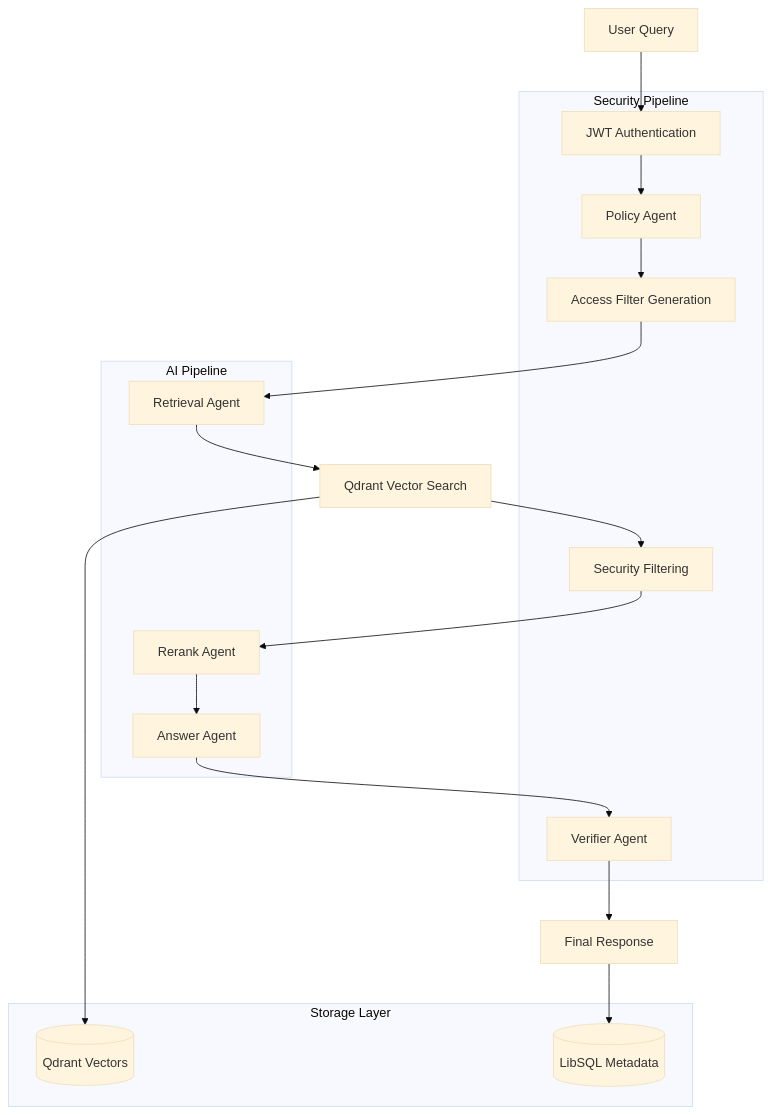
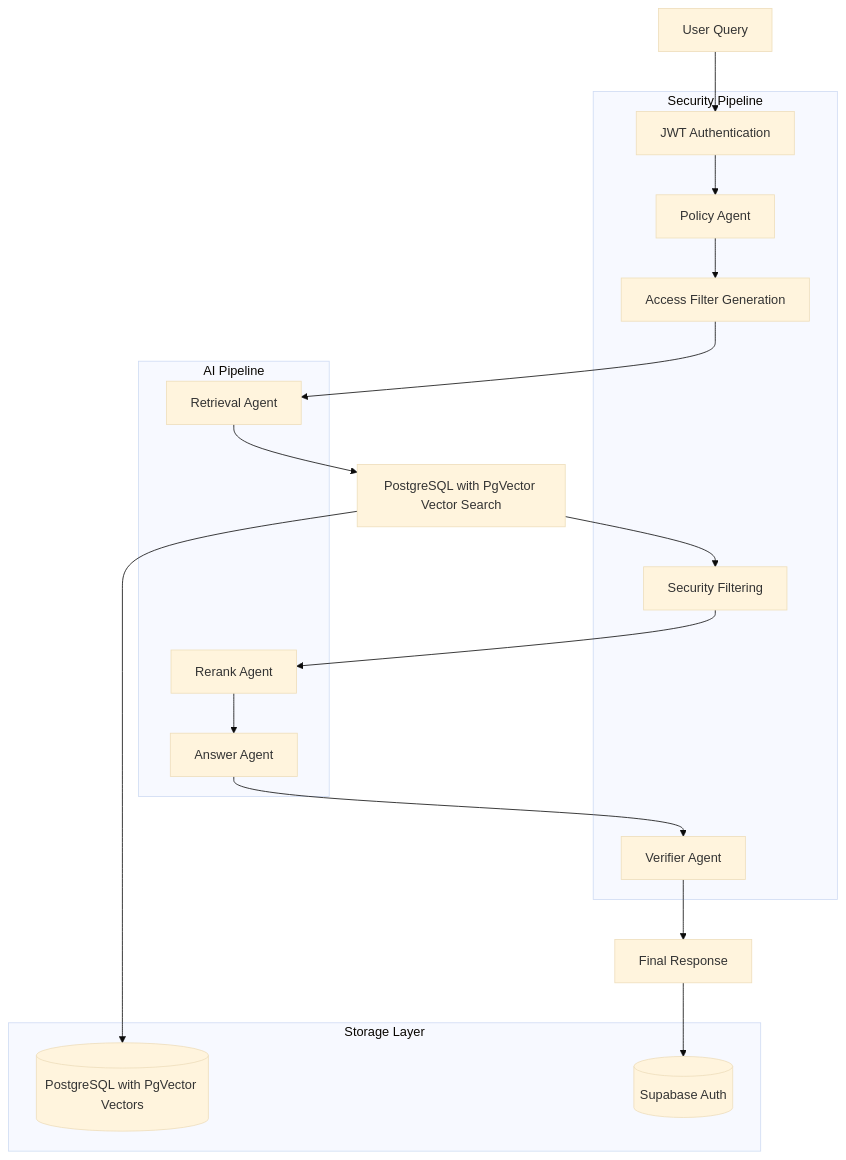
Before and after one commit to ssdeanx/secure-rag-multi-agent: the diagram in docs/index.md, drawn with Mermaid (base theme). The commit also changed other lines of this file and 32 other files, not shown here.

````diff
--- a/docs/index.md
+++ b/docs/index.md
@@ -27,35 +27,35 @@
 ```mermaid
 graph TB
     A[User Query] --> B[JWT Authentication]
     B --> C[Policy Agent]
     C --> D[Access Filter Generation]
     D --> E[Retrieval Agent]
-    E --> F[Qdrant Vector Search]
+    E --> F[PostgreSQL with PgVector Vector Search]
     F --> G[Security Filtering]
     G --> H[Rerank Agent]
     H --> I[Answer Agent]
     I --> J[Verifier Agent]
     J --> K[Final Response]
 
     subgraph "Security Pipeline"
         B
         C
         D
         G
         J
     end
 
     subgraph "AI Pipeline"
         E
         H
         I
     end
 
     subgraph "Storage Layer"
-        L[(Qdrant Vectors)]
-        M[(LibSQL Metadata)]
+        L[(PostgreSQL with PgVector Vectors)]
+        M[(Supabase Auth)]
     end
 
     F --> L
     K --> M
 ```
````
